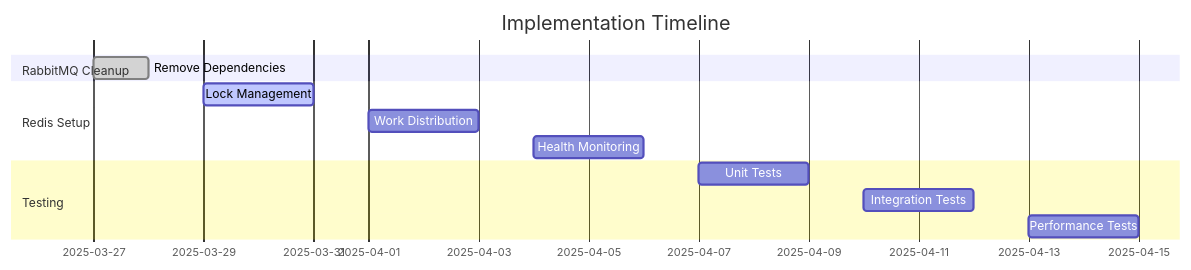
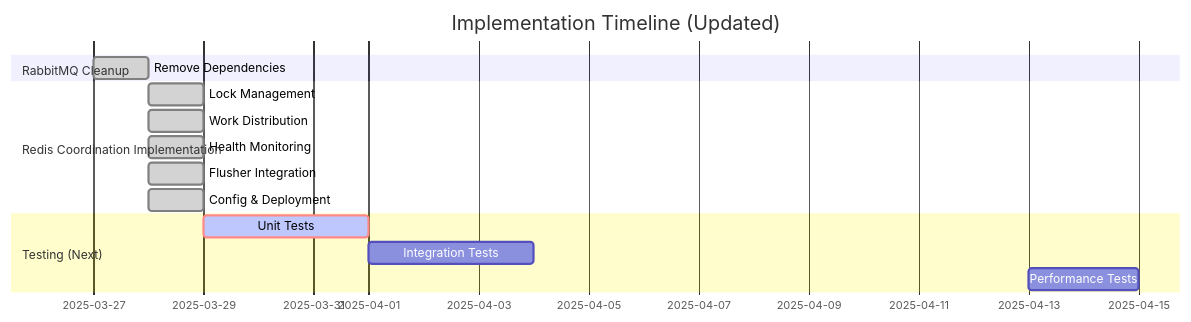
The third of 3 diagrams in memory-bank/progress.md (hackathon-nstech/database-nsdocs-consumption-module), drawn with Mermaid before and after one commit. The commit also changed other lines of this file and 25 other files, not shown here.

First line of the commit message:
feat: Implement Health Monitoring and Work Distribution in Flusher Service

````diff
--- a/memory-bank/progress.md
+++ b/memory-bank/progress.md
@@ -126,18 +127,20 @@
 ```mermaid
 gantt
-    title Implementation Timeline
+    title Implementation Timeline (Updated)
     dateFormat YYYY-MM-DD
     
     section RabbitMQ Cleanup
-    Remove Dependencies :done, 2025-03-27, 2025-03-28
+    Remove Dependencies :done, 2025-03-27, 1d
     
-    section Redis Setup
-    Lock Management :active, 2025-03-29, 2025-03-31
-    Work Distribution :2025-04-01, 2025-04-03
-    Health Monitoring :2025-04-04, 2025-04-06
+    section Redis Coordination Implementation
+    Lock Management :done, 2025-03-28, 1d 
+    Work Distribution :done, 2025-03-28, 1d
+    Health Monitoring :done, 2025-03-28, 1d
+    Flusher Integration :done, 2025-03-28, 1d
+    Config & Deployment :done, 2025-03-28, 1d
     
-    section Testing
-    Unit Tests :2025-04-07, 2025-04-09
-    Integration Tests :2025-04-10, 2025-04-12
+    section Testing (Next)
+    Unit Tests :crit, active, 2025-03-29, 3d
+    Integration Tests :2025-04-01, 3d
     Performance Tests :2025-04-13, 2025-04-15
 ```
````
